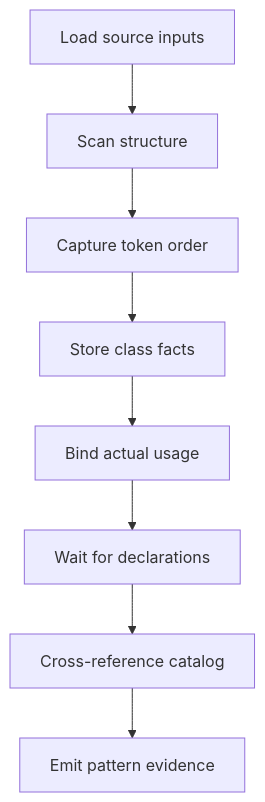
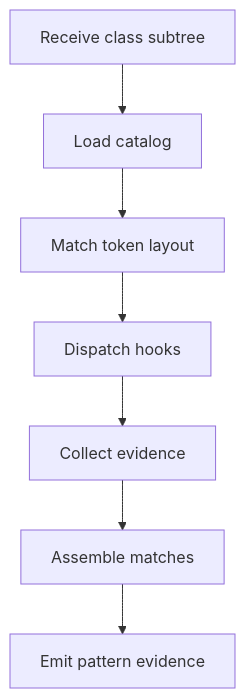
The fourth of 5 diagrams in docs/Codebase/Microservice/Modules/Source/Analysis/core.cpp.md (JohnAndrewBalbarosa/NeoTerritory), drawn with Mermaid before and after one commit. The commit also changed other lines of this file and 717 other files, not shown here.

````diff
--- a/docs/Codebase/Microservice/Modules/Source/Analysis/core.cpp.md
+++ b/docs/Codebase/Microservice/Modules/Source/Analysis/core.cpp.md
@@ -23,12 +76,11 @@
 ```mermaid
 flowchart TD
-    N0["Load source inputs"]
-    N1["Scan structure"]
-    N2["Capture token order"]
-    N3["Store class facts"]
-    N4["Bind actual usage"]
-    N5["Wait for declarations"]
-    N6["Cross-reference catalog"]
-    N7["Emit pattern evidence"]
-    N0 --> N1 --> N2 --> N3 --> N4 --> N5 --> N6 --> N7
+    N0["Receive class subtree"]
+    N1["Load catalog"]
+    N2["Match token layout"]
+    N3["Dispatch hooks"]
+    N4["Collect evidence"]
+    N5["Assemble matches"]
+    N6["Emit pattern evidence"]
+    N0 --> N1 --> N2 --> N3 --> N4 --> N5 --> N6
 ```
````
